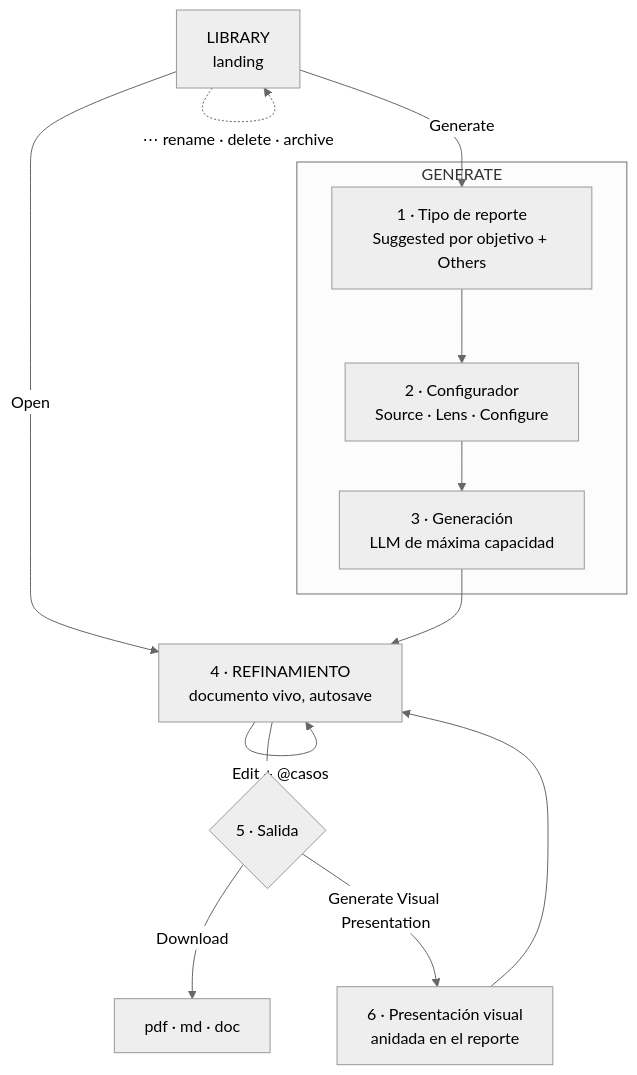
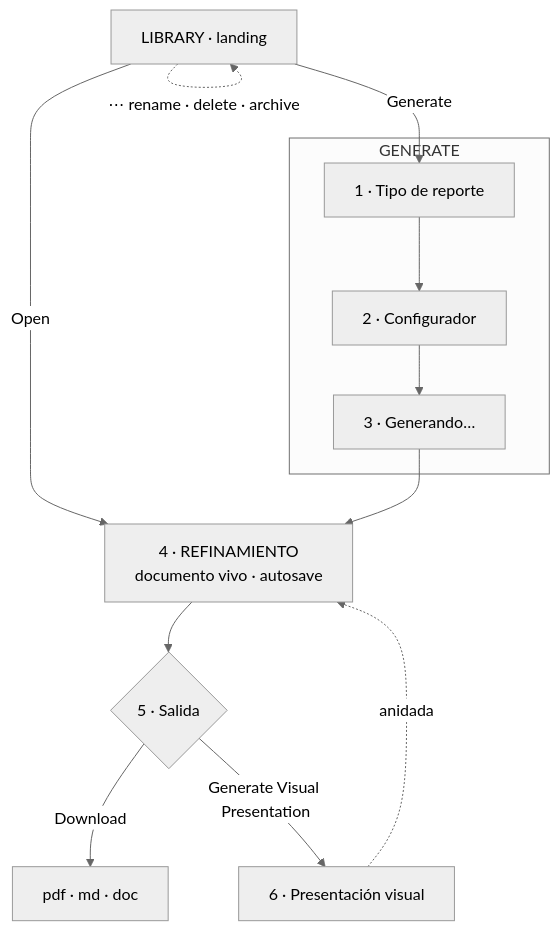
The diagram in docs/FLUJO_report_v2.md (kdlondon/sb-audit), drawn with Mermaid (neutral theme) before and after one commit. The commit also changed other lines of this file, not shown here.

````diff
--- a/docs/FLUJO_report_v2.md
+++ b/docs/FLUJO_report_v2.md
@@ -16,23 +28,17 @@
 ```mermaid
 flowchart TD
-    L[LIBRARY<br/>landing] -->|Open| DOC
+    L[LIBRARY · landing] -->|Open| DOC
     L -->|Generate| G1
     L -.->|⋯ rename · delete · archive| L
 
     subgraph GEN [GENERATE]
-      G1[1 · Tipo de reporte<br/>Suggested por objetivo + Others] --> G2
-      G2[2 · Configurador<br/>Source · Lens · Configure] --> G3
-      G3[3 · Generación<br/>LLM de máxima capacidad]
+      G1[1 · Tipo de reporte] --> G2[2 · Configurador]
+      G2 --> G3[3 · Generando…]
     end
 
-    G3 --> DOC[4 · REFINAMIENTO<br/>documento vivo, autosave]
-    DOC -->|Ask about this| DOC
-    DOC -->|Comment| DOC
-    DOC -->|Regenerate sección| DOC
-    DOC -->|Edit + @casos| DOC
-
+    G3 --> DOC[4 · REFINAMIENTO<br/>documento vivo · autosave]
     DOC --> OUT{5 · Salida}
     OUT -->|Download| D[pdf · md · doc]
-    OUT -->|Generate Visual Presentation| V[6 · Presentación visual<br/>anidada en el reporte]
-    V --> DOC
+    OUT -->|Generate Visual Presentation| V[6 · Presentación visual]
+    V -.anidada.-> DOC
 ```
````
